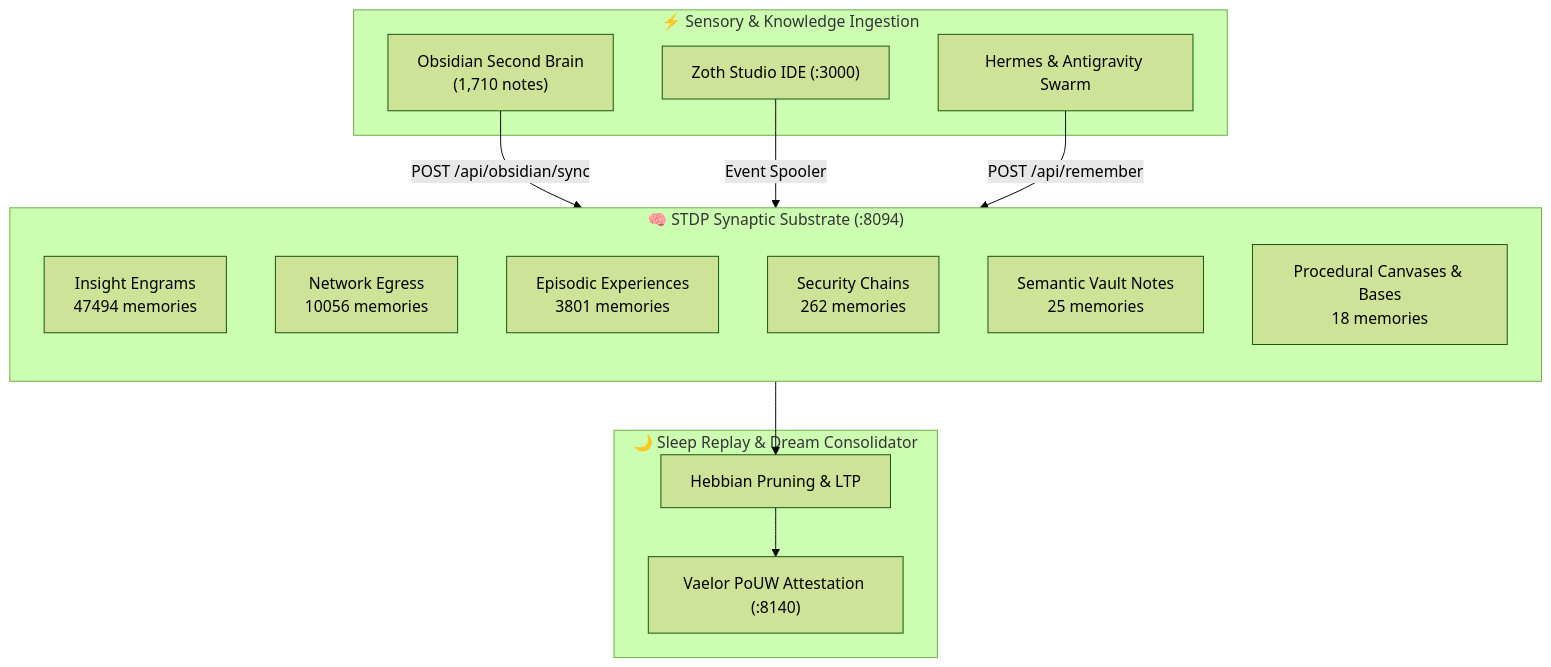
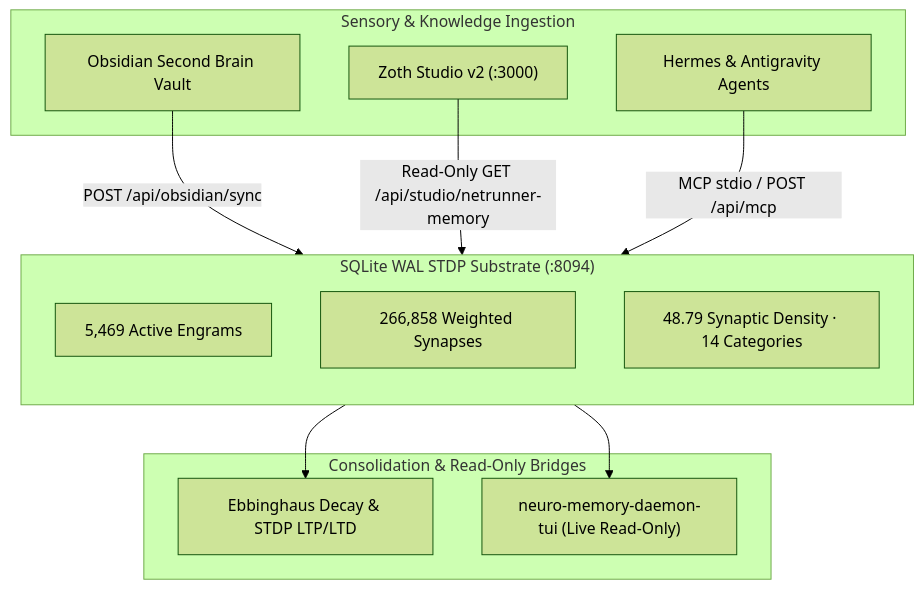
Before and after one commit to 1nc0gn30/zoth-os: the diagram in config/includes.chroot/etc/skel/Documents/Obsidian Vault/05-Telemetry/Neuro-Memory Cortex Telemetry.md, drawn with Mermaid (forest theme). The commit also changed other lines of this file and 57 other files, not shown here.

Commit message:
chore(zoth-os): sync neuro-memory-daemon v2.9.0 chroot, 4-way CLI/TUI, .desktop, 5 Vault notes & hygiene test (#059)

````diff
--- a/config/includes.chroot/etc/skel/Documents/Obsidian Vault/05-Telemetry/Neuro-Memory Cortex Telemetry.md
+++ b/config/includes.chroot/etc/skel/Documents/Obsidian Vault/05-Telemetry/Neuro-Memory Cortex Telemetry.md
@@ -27,29 +32,26 @@
 ```mermaid
 flowchart TD
-    subgraph IngestionSensory["⚡ Sensory & Knowledge Ingestion"]
-        Obsidian["Obsidian Second Brain<br/>(1,710 notes)"]
-        Studio["Zoth Studio IDE (:3000)"]
-        Agents["Hermes & Antigravity Swarm"]
+    subgraph IngestionSensory["Sensory & Knowledge Ingestion"]
+        Obsidian["Obsidian Second Brain Vault"]
+        Studio["Zoth Studio v2 (:3000)"]
+        Agents["Hermes & Antigravity Agents"]
     end
-    
-    subgraph BiologicalCortex["🧠 STDP Synaptic Substrate (:8094)"]
+
+    subgraph BiologicalCortex["SQLite WAL STDP Substrate (:8094)"]
         direction TB
-        Insight["Insight Engrams<br/>47494 memories"]
-        Egress["Network Egress<br/>10056 memories"]
-        Episodic["Episodic Experiences<br/>3801 memories"]
-        Security["Security Chains<br/>262 memories"]
-        Semantic["Semantic Vault Notes<br/>25 memories"]
-        Procedural["Procedural Canvases & Bases<br/>18 memories"]
+        Engrams["5,469 Active Engrams"]
+        Synapses["266,858 Weighted Synapses"]
+        Density["48.79 Synaptic Density · 14 Categories"]
     end
-    
-    subgraph MetacognitionDream["🌙 Sleep Replay & Dream Consolidator"]
-        Consolidator["Hebbian Pruning & LTP"]
-        Lattice["Vaelor PoUW Attestation (:8140)"]
+
+    subgraph MetacognitionDream["Consolidation & Read-Only Bridges"]
+        Consolidator["Ebbinghaus Decay & STDP LTP/LTD"]
+        TUI["neuro-memory-daemon-tui (Live Read-Only)"]
     end
-    
+
     Obsidian -->|POST /api/obsidian/sync| BiologicalCortex
-    Studio -->|Event Spooler| BiologicalCortex
-    Agents -->|POST /api/remember| BiologicalCortex
+    Studio -->|Read-Only GET /api/studio/netrunner-memory| BiologicalCortex
+    Agents -->|MCP stdio / POST /api/mcp| BiologicalCortex
     BiologicalCortex --> Consolidator
-    Consolidator --> Lattice
+    BiologicalCortex --> TUI
 ```
````
